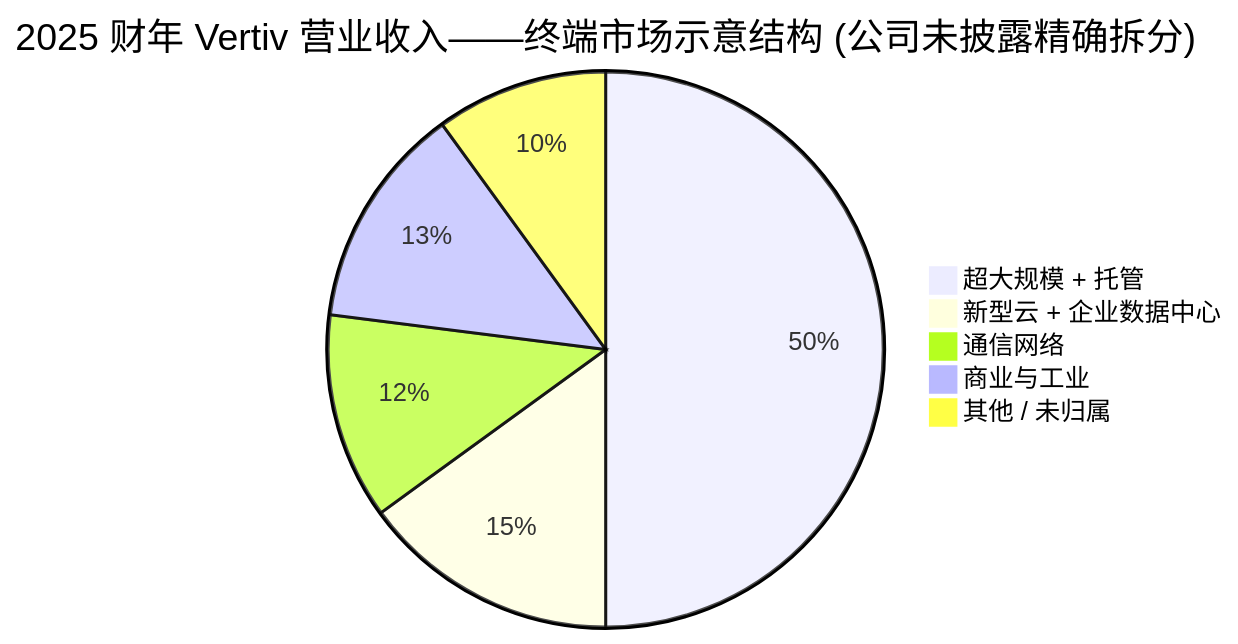
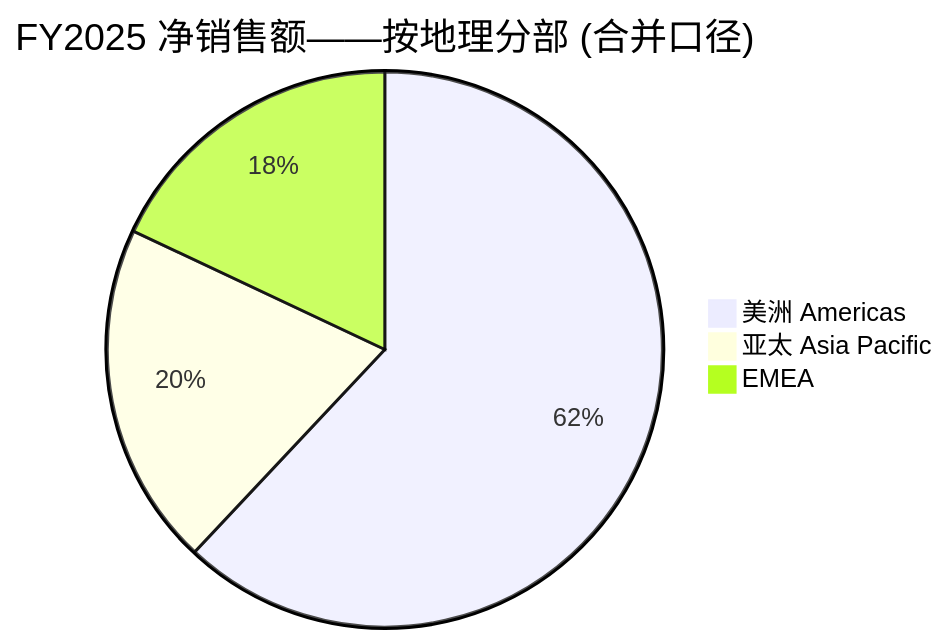
Before and after one commit to dadachundan/financial_agent: the third of 5 diagrams in reports/company/Vertiv_NYSE_VRT/Vertiv_NYSE_VRT_公司研究.md, drawn with Mermaid. The commit also changed other lines of this file and 9 other files, not shown here.

````diff
--- a/reports/company/Vertiv_NYSE_VRT/Vertiv_NYSE_VRT_公司研究.md
+++ b/reports/company/Vertiv_NYSE_VRT/Vertiv_NYSE_VRT_公司研究.md
@@ -276,8 +960,6 @@
 ```mermaid
-pie title 2025 财年 Vertiv 营业收入——终端市场示意结构 (公司未披露精确拆分)
-    "超大规模 + 托管" : 50
-    "新型云 + 企业数据中心" : 15
-    "通信网络" : 12
-    "商业与工业" : 13
-    "其他 / 未归属" : 10
+pie title FY2025 净销售额——按地理分部 (合并口径)
+    "美洲 Americas" : 62
+    "亚太 Asia Pacific" : 20
+    "EMEA" : 18
 ```
````
